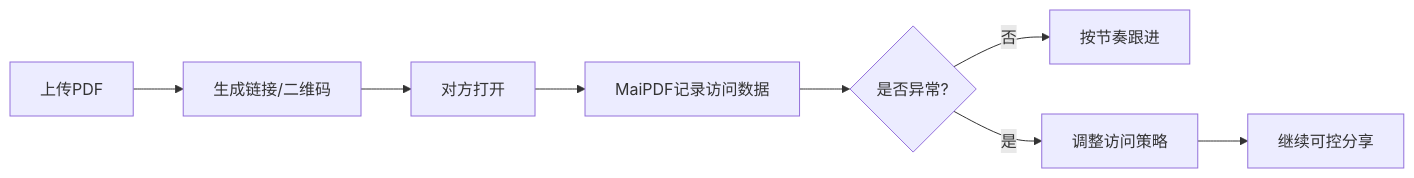
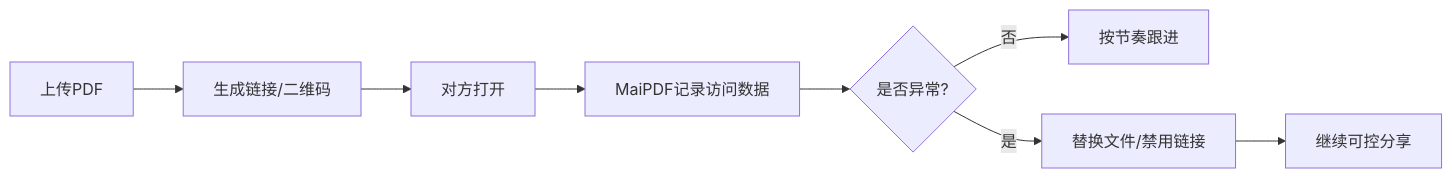
The diagram in src/content/blog/cn/pdf-access-tracking-basics.md (mythenigma/cloudflareAstro), drawn with Mermaid before and after one commit. The commit also changed other lines of this file and 23 other files, not shown here.

````diff
--- a/src/content/blog/cn/pdf-access-tracking-basics.md
+++ b/src/content/blog/cn/pdf-access-tracking-basics.md
@@ -24,10 +24,10 @@
 ```mermaid
 flowchart LR
     A[上传PDF] --> B[生成链接/二维码]
     B --> C[对方打开]
     C --> D[MaiPDF记录访问数据]
     D --> E{是否异常?}
     E -- 否 --> F[按节奏跟进]
-    E -- 是 --> G[调整访问策略]
+    E -- 是 --> G[替换文件/禁用链接]
     G --> H[继续可控分享]
 ```
````
